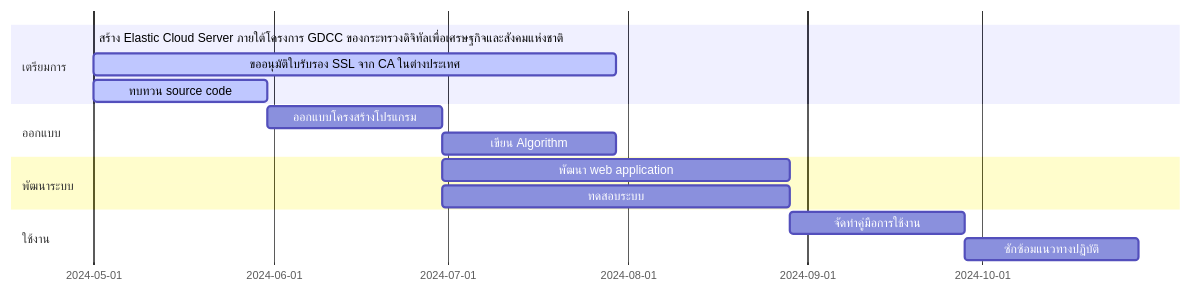
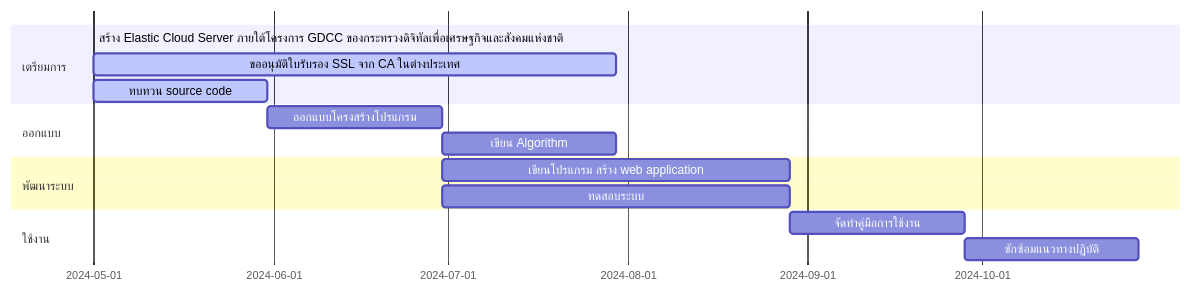
Before and after one commit to Kietpawpan/e-tracking: the first of 2 diagrams in README.md, drawn with Mermaid.

````diff
--- a/README.md
+++ b/README.md
@@ -10,18 +10,18 @@
 ```mermaid
 gantt
     section เตรียมการ
     สร้าง Elastic Cloud Server ภายใต้โครงการ GDCC ของกระทรวงดิจิทัลเพื่อเศรษฐกิจและสังคมแห่งชาติ :done,    des1, 2024-05-01,2024-05-30
     ขออนุมัติใบรับรอง SSL จาก CA ในต่างประเทศ        :active, des2, after des1, 90d
     ทบทวน source code  :   active, des3, after des1, 30d
     section ออกแบบ
     ออกแบบโครงสร้างโปรแกรม  :         des4, after des3, 30d
     เขียน Algorithm:   des4a, after des4, 30d
     section พัฒนาระบบ
-    พัฒนา web application  :         des7, after des4, 60d
+    เขียนโปรแกรม สร้าง web application  :         des7, after des4, 60d
     ทดสอบระบบ:des7a, after des4, 60d
    section ใช้งาน
     จัดทำคู่มือการใช้งาน   :         des8, after des7, 30d
     ซักซ้อมแนวทางปฏิบัติ   :         des9, after des8, 30d
 
 
 ```
````
